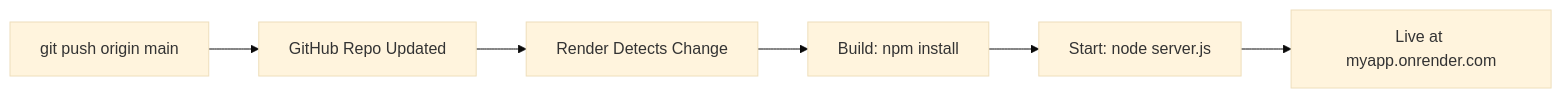
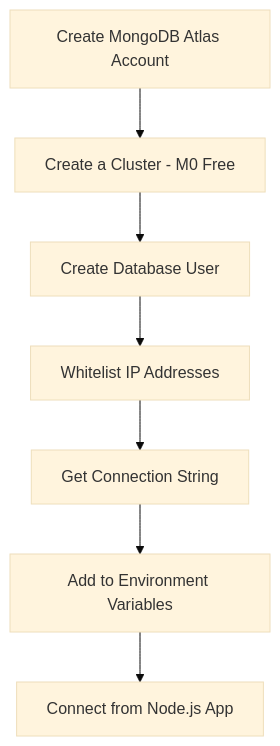
Before and after one commit to vikasthakurr/FullStack-WebDev-Notes: the third of 3 diagrams in 08-deployment/01-hosting-nodejs-apps.md, drawn with Mermaid (base theme). The commit also changed other lines of this file and 57 other files, not shown here.

````diff
--- a/08-deployment/01-hosting-nodejs-apps.md
+++ b/08-deployment/01-hosting-nodejs-apps.md
@@ -100,8 +239,9 @@
 ```mermaid
-graph LR
-    A[git push origin main] --> B[GitHub Repo Updated]
-    B --> C[Render Detects Change]
-    C --> D[Build: npm install]
-    D --> E[Start: node server.js]
-    E --> F[Live at myapp.onrender.com]
+flowchart TD
+    A[Create MongoDB Atlas Account] --> B[Create a Cluster - M0 Free]
+    B --> C[Create Database User]
+    C --> D[Whitelist IP Addresses]
+    D --> E[Get Connection String]
+    E --> F[Add to Environment Variables]
+    F --> G[Connect from Node.js App]
 ```
````
